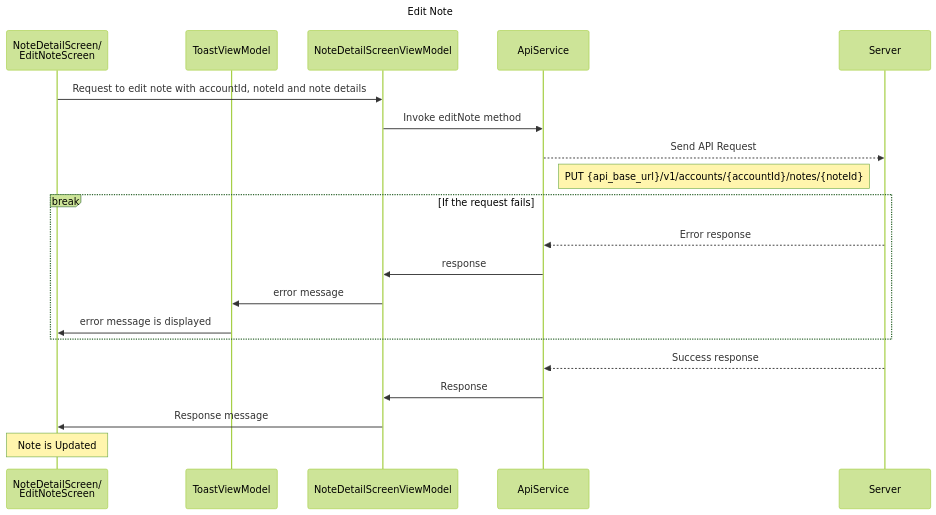
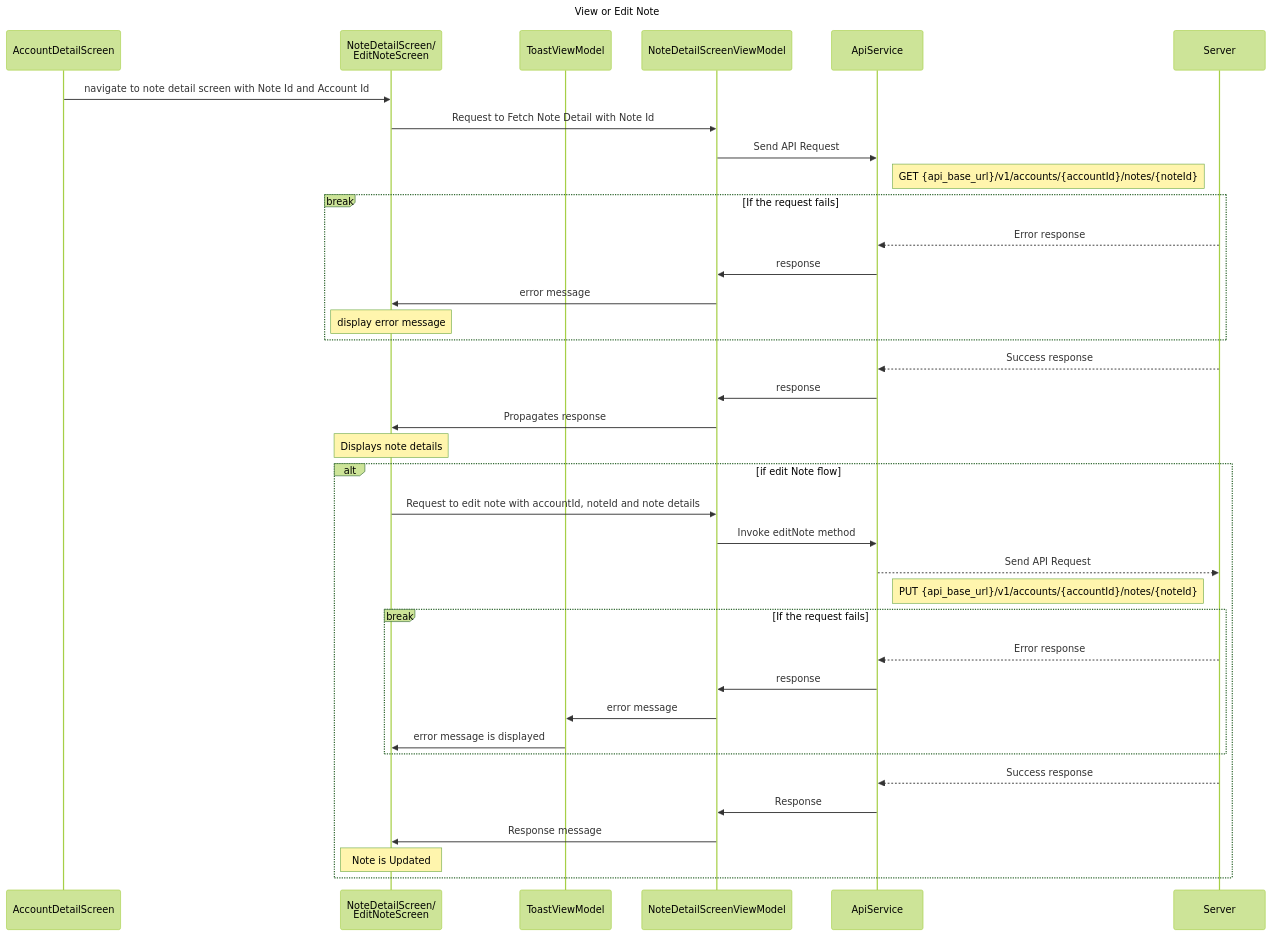
One commit to TrueSparrowSystems/AI-SalesSparrow-Docs changed the diagram in flowDiagrams/IOS/NoteDetailScreen.mermaid. Above: the diagram before and after it, drawn with Mermaid (forest theme). The commit also changed 3 other files, not shown here.

Commit message:
Updated Account detail screen flow

```diff
--- a/flowDiagrams/IOS/NoteDetailScreen.mermaid
+++ b/flowDiagrams/IOS/NoteDetailScreen.mermaid
@@ -1,25 +1,45 @@
 sequenceDiagram
-    title Edit Note
+    title View or Edit Note
 
+    participant ADS as AccountDetailScreen
     participant NDS as NoteDetailScreen/<br>EditNoteScreen
     participant TVM as ToastViewModel
     participant NDSVM as NoteDetailScreenViewModel
     participant AS as ApiService
     participant S as Server
 
-    NDS->>NDSVM: Request to edit note with accountId, noteId and note details
-    NDSVM->>AS: Invoke editNote method
-    AS-->>S: Send API Request
-    note right of AS: PUT {api_base_url}/v1/accounts/{accountId}/notes/{noteId}
+    ADS ->> NDS: navigate to note detail screen with Note Id and Account Id
+        NDS ->> NDSVM: Request to Fetch Note Detail with Note Id
+        NDSVM ->> AS: Send API Request
+        note right of AS: GET {api_base_url}/v1/accounts/{accountId}/notes/{noteId}
 
-    break If the request fails
-        S-->>AS: Error response
+        break If the request fails
+            S-->>AS: Error response
+            AS->>NDSVM: response
+            NDSVM->>NDS: error message
+            note over NDS: display error message
+        end
+
+        S-->>AS: Success response
         AS->>NDSVM: response
-        NDSVM->>TVM: error message
-        TVM->>NDS: error message is displayed
+        NDSVM->>NDS: Propagates response
+        note over NDS: Displays note details
+
+    alt if edit Note flow
+        NDS->>NDSVM: Request to edit note with accountId, noteId and note details
+        NDSVM->>AS: Invoke editNote method
+        AS-->>S: Send API Request
+        note right of AS: PUT {api_base_url}/v1/accounts/{accountId}/notes/{noteId}
+
+        break If the request fails
+            S-->>AS: Error response
+            AS->>NDSVM: response
+            NDSVM->>TVM: error message
+            TVM->>NDS: error message is displayed
+        end
+
+        S-->>AS: Success response
+        AS->>NDSVM: Response
+        NDSVM->>NDS: Response message
+        note over NDS: Note is Updated
     end
-
-    S-->>AS: Success response
-    AS->>NDSVM: Response
-    NDSVM->>NDS: Response message
-    note over NDS: Note is Updated
```
